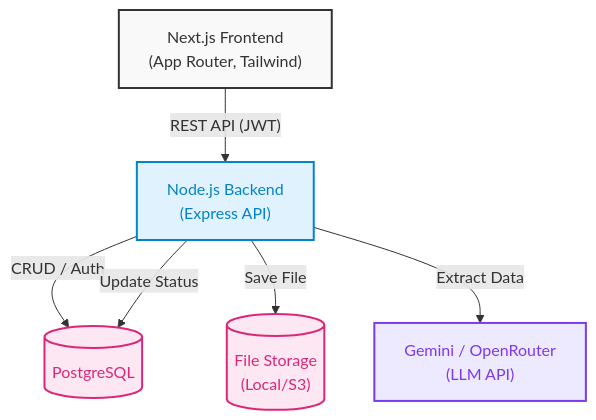
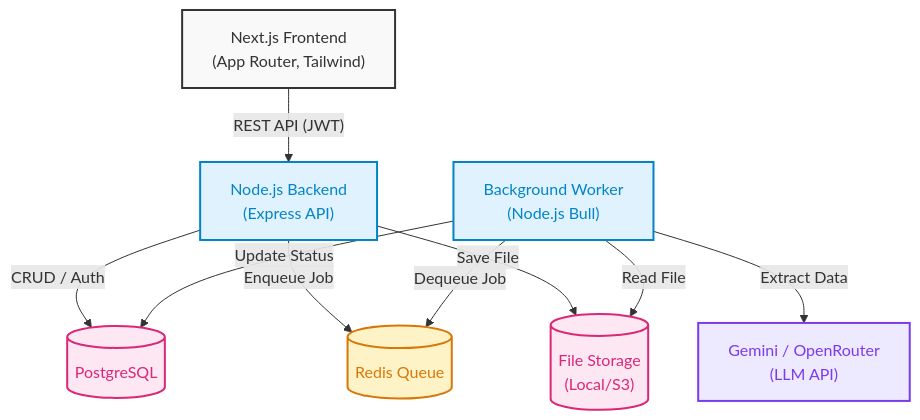
One commit to dushyant4665/receiptmind changed the diagram in README.md. Above: the diagram before and after it, drawn with Mermaid. The commit also changed other lines of this file and 332 other files, not shown here.

````diff
--- a/README.md
+++ b/README.md
@@ -9,22 +21,28 @@
 ```mermaid
 graph TD
     %% Define Styles
     classDef client fill:#f9f9f9,stroke:#333,stroke-width:2px,color:#333
     classDef backend fill:#e0f2fe,stroke:#0284c7,stroke-width:2px,color:#0284c7
     classDef database fill:#fce7f3,stroke:#db2777,stroke-width:2px,color:#db2777
+    classDef queue fill:#fef3c7,stroke:#d97706,stroke-width:2px,color:#d97706
     classDef ai fill:#ede9fe,stroke:#7c3aed,stroke-width:2px,color:#7c3aed
 
     %% Nodes
     Client["Next.js Frontend\n(App Router, Tailwind)"]:::client
     API["Node.js Backend\n(Express API)"]:::backend
+    Worker["Background Worker\n(Node.js Bull)"]:::backend
     DB[(PostgreSQL)]:::database
+    Redis[(Redis Queue)]:::queue
     Storage[("File Storage\n(Local/S3)")]:::database
     AI["Gemini / OpenRouter\n(LLM API)"]:::ai
 
     %% Edges
     Client -- "REST API (JWT)" --> API
     API -- "CRUD / Auth" --> DB
+    API -- "Enqueue Job" --> Redis
     API -- "Save File" --> Storage
-    API -- "Extract Data" --> AI
-    API -- "Update Status" --> DB
+    Worker -- "Dequeue Job" --> Redis
+    Worker -- "Read File" --> Storage
+    Worker -- "Extract Data" --> AI
+    Worker -- "Update Status" --> DB
 ```
````
